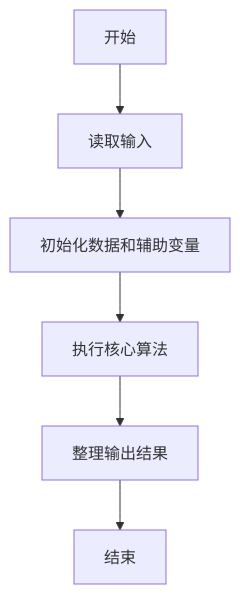
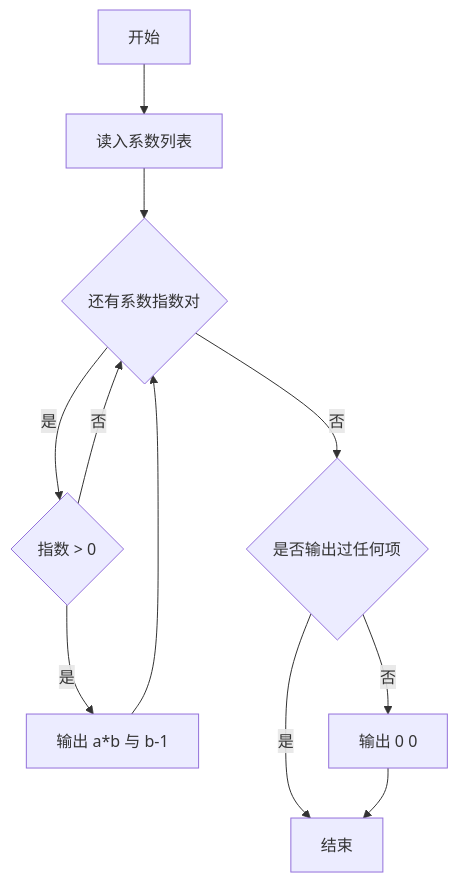
Before and after one commit to pta-program/pta_basic_level_article_by_ruby: the first of 2 diagrams in 1010-一元多项式求导.md, drawn with Mermaid. The commit also changed other lines of this file and 127 other files, not shown here.

First line of the commit message:
fix: repair solutions, per-problem flowcharts, math rendering, and Pages deploy

````diff
--- a/1010-一元多项式求导.md
+++ b/1010-一元多项式求导.md
@@ -67,8 +66,13 @@
 ```mermaid
 flowchart TD
-  A[开始] --> B[读取输入]
-  B --> C[初始化数据和辅助变量]
-  C --> D[执行核心算法]
-  D --> E[整理输出结果]
-  E --> F[结束]
+  A["开始"] --> B["读入系数列表"]
+  B --> C{"还有系数指数对"}
+  C -- "是" --> D{"指数 > 0"}
+  D -- "是" --> E["输出 a*b 与 b-1"]
+  D -- "否" --> C
+  E --> C
+  C -- "否" --> F{"是否输出过任何项"}
+  F -- "否" --> G["输出 0 0"]
+  F -- "是" --> H["结束"]
+  G --> H
 ```
````
